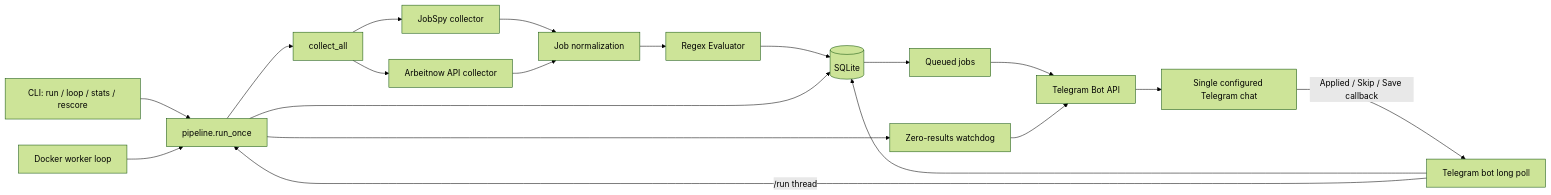
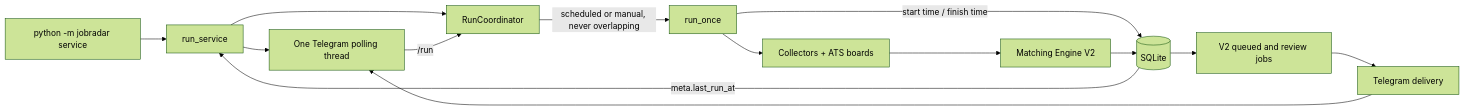
One commit to ehsanhrz/job-radar changed the first of 4 diagrams in docs/technical-audit/10-architecture-diagrams.md. Above: the diagram before and after it, drawn with Mermaid (forest theme). The commit also changed other lines of this file and 12 other files, not shown here.

````diff
--- a/docs/technical-audit/10-architecture-diagrams.md
+++ b/docs/technical-audit/10-architecture-diagrams.md
@@ -7,21 +5,16 @@
 ```mermaid
 flowchart LR
-  CLI[CLI: run / loop / stats / rescore] --> P[pipeline.run_once]
-  LOOP[Docker worker loop] --> P
-  BOT[Telegram bot long poll] --> DB[(SQLite)]
-  BOT -->|/run thread| P
-  P --> COL[collect_all]
-  COL --> JS[JobSpy collector]
-  COL --> AN[Arbeitnow API collector]
-  JS --> NORM[Job normalization]
-  AN --> NORM
-  NORM --> EVAL[Regex Evaluator]
-  EVAL --> DB
-  P --> DB
-  DB --> Q[Queued jobs]
-  Q --> TG[Telegram Bot API]
-  TG --> USER[Single configured Telegram chat]
-  USER -->|Applied / Skip / Save callback| BOT
-  P --> WD[Zero-results watchdog]
-  WD --> TG
+  CLI[python -m jobradar service] --> S[run_service]
+  S --> B[One Telegram polling thread]
+  S --> C[RunCoordinator]
+  B -->|/run| C
+  C -->|scheduled or manual, never overlapping| P[run_once]
+  DB[(SQLite)] -->|meta.last_run_at| S
+  P -->|start time / finish time| DB
+  P --> COL[Collectors + ATS boards]
+  COL --> M[Matching Engine V2]
+  M --> DB
+  DB --> Q[V2 queued and review jobs]
+  Q --> TG[Telegram delivery]
+  TG --> B
 ```
````
